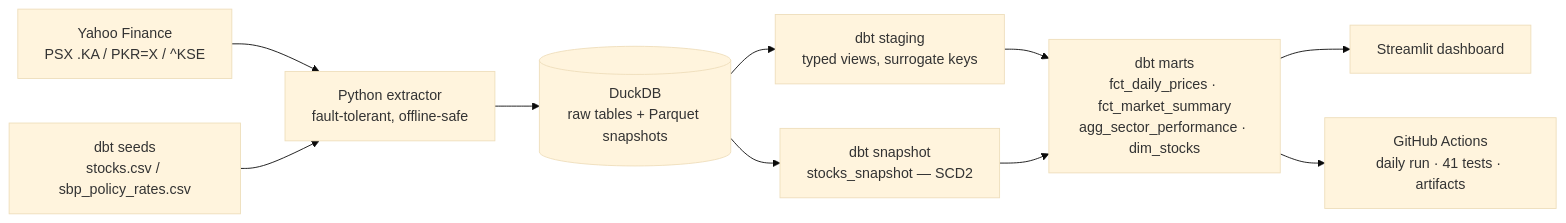
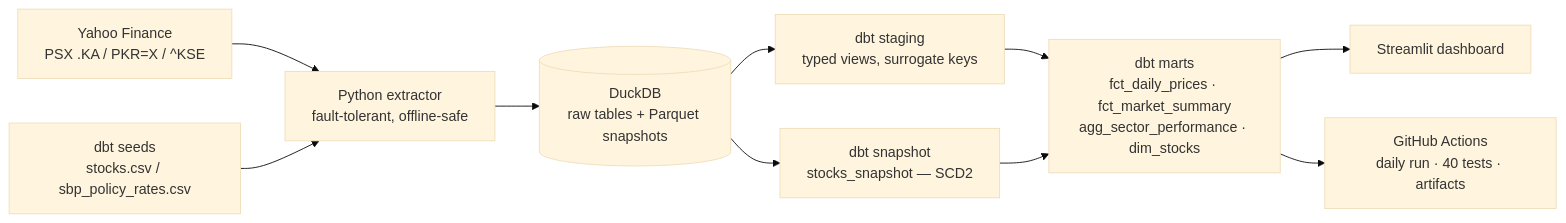
Before and after one commit to Bilalkhank10/psx-data-warehouse: the diagram in README.md, drawn with Mermaid (base theme). The commit also changed other lines of this file, not shown here.

````diff
--- a/README.md
+++ b/README.md
@@ -29,12 +29,12 @@
 ```mermaid
 flowchart LR
     A[Yahoo Finance<br/>PSX .KA / PKR=X / ^KSE] --> C
     B[dbt seeds<br/>stocks.csv / sbp_policy_rates.csv] --> C
     C[Python extractor<br/>fault-tolerant, offline-safe] --> D[(DuckDB<br/>raw tables + Parquet snapshots)]
     D --> E[dbt staging<br/>typed views, surrogate keys]
     D --> F[dbt snapshot<br/>stocks_snapshot — SCD2]
     E --> G[dbt marts<br/>fct_daily_prices · fct_market_summary<br/>agg_sector_performance · dim_stocks]
     F --> G
     G --> H[Streamlit dashboard]
-    G --> I[GitHub Actions<br/>daily run · 41 tests · artifacts]
+    G --> I[GitHub Actions<br/>daily run · 40 tests · artifacts]
 ```
````
